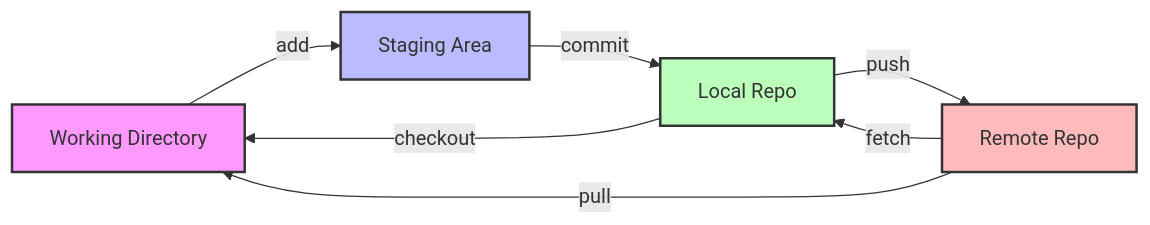
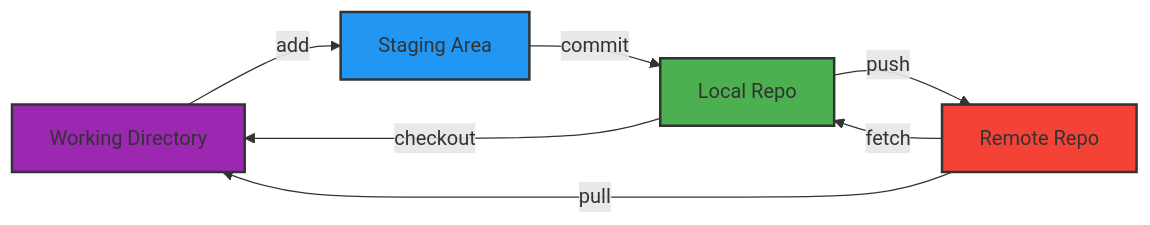
One commit to VBlackJack/ShellBook changed the diagram in docs/devops/git-cheatsheet-visual.md. Above: the diagram before and after it, drawn with Mermaid. The commit also changed 337 other files, not shown here.

First line of the commit message:
refactor(docs): Standardize code blocks and Mermaid colors

````diff
--- a/docs/devops/git-cheatsheet-visual.md
+++ b/docs/devops/git-cheatsheet-visual.md
@@ -26,15 +26,15 @@
 ```mermaid
 flowchart LR
     WD[Working Directory] -->|add| ST[Staging Area]
     ST -->|commit| LR[Local Repo]
     LR -->|push| RR[Remote Repo]
     
     RR -->|fetch| LR
     RR -->|pull| WD
     LR -->|checkout| WD
     
-    style WD fill:#f9f,stroke:#333,stroke-width:2px
-    style ST fill:#bbf,stroke:#333,stroke-width:2px
-    style LR fill:#bfb,stroke:#333,stroke-width:2px
-    style RR fill:#fbb,stroke:#333,stroke-width:2px
+    style WD fill:#9C27B0,stroke:#333,stroke-width:2px
+    style ST fill:#2196F3,stroke:#333,stroke-width:2px
+    style LR fill:#4CAF50,stroke:#333,stroke-width:2px
+    style RR fill:#f44336,stroke:#333,stroke-width:2px
 ```
````
